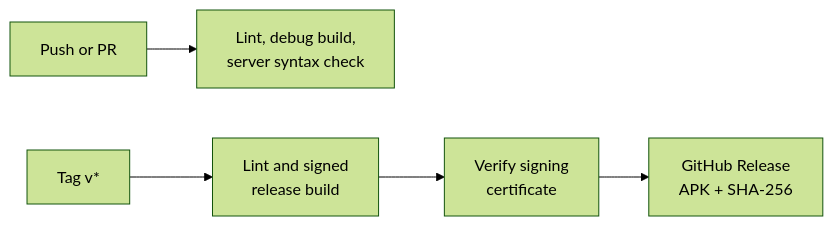
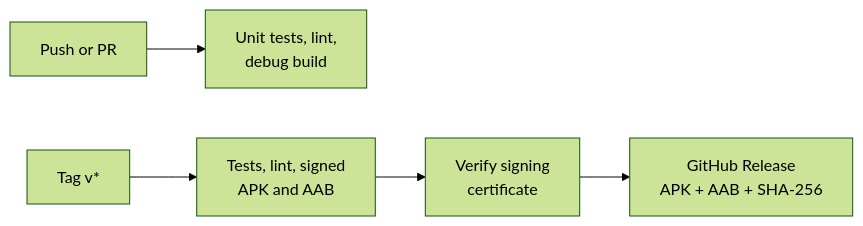
One commit to aryanipb/premdue changed the second of 2 diagrams in README.md. Above: the diagram before and after it, drawn with Mermaid (forest theme). The commit also changed other lines of this file and 20 other files, not shown here.

````diff
--- a/README.md
+++ b/README.md
@@ -81,7 +81,7 @@
 ```mermaid
 flowchart LR
-    Push["Push or PR"] --> CI["Lint, debug build,<br/>server syntax check"]
-    Tag["Tag v*"] --> Build["Lint and signed<br/>release build"]
+    Push["Push or PR"] --> CI["Unit tests, lint,<br/>debug build"]
+    Tag["Tag v*"] --> Build["Tests, lint, signed<br/>APK and AAB"]
     Build --> Verify["Verify signing<br/>certificate"]
-    Verify --> Rel["GitHub Release<br/>APK + SHA-256"]
+    Verify --> Rel["GitHub Release<br/>APK + AAB + SHA-256"]
 ```
````
